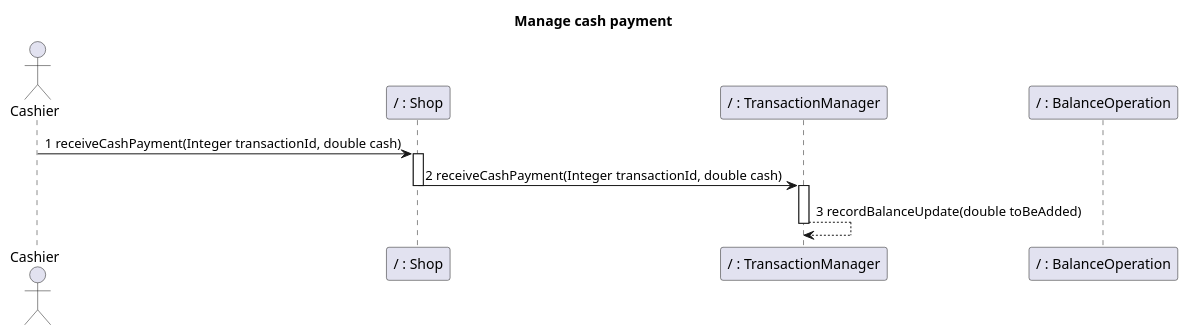
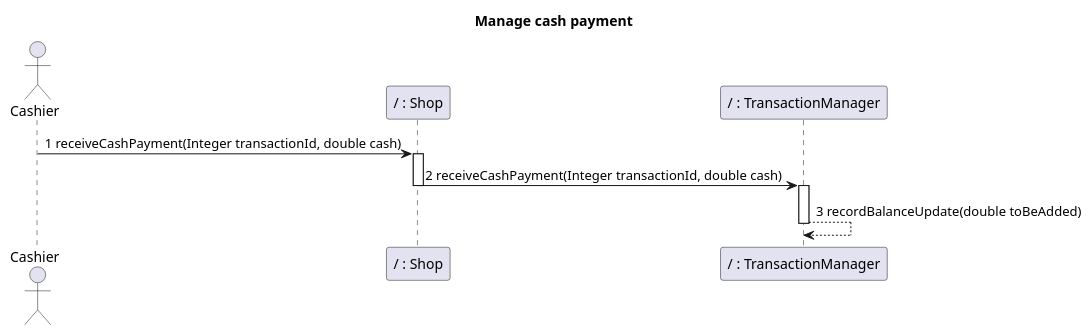
Diagram 27 of 32 in Deliverables/DesignDocument.md (nicolabattaglino/ezshop), drawn with PlantUML before and after one commit.

Commit message:
formatting

````diff
--- a/Deliverables/DesignDocument.md
+++ b/Deliverables/DesignDocument.md
@@ -1340,21 +1340,20 @@
 ```plantuml
 @startuml
 
 title
 Manage cash payment
 end title
 
 
 actor Cashier
 participant "/ : Shop" as Shop
 participant "/ : TransactionManager" as TransactionManager
-participant "/ : BalanceOperation" as BalanceOperation
 Cashier -> Shop:1 receiveCashPayment(Integer transactionId, double cash)
 activate Shop
 Shop -> TransactionManager:2 receiveCashPayment(Integer transactionId, double cash)
 deactivate Shop
 activate TransactionManager
 TransactionManager --> TransactionManager:3 recordBalanceUpdate(double toBeAdded)
 deactivate TransactionManager
 @enduml
 ```
````
